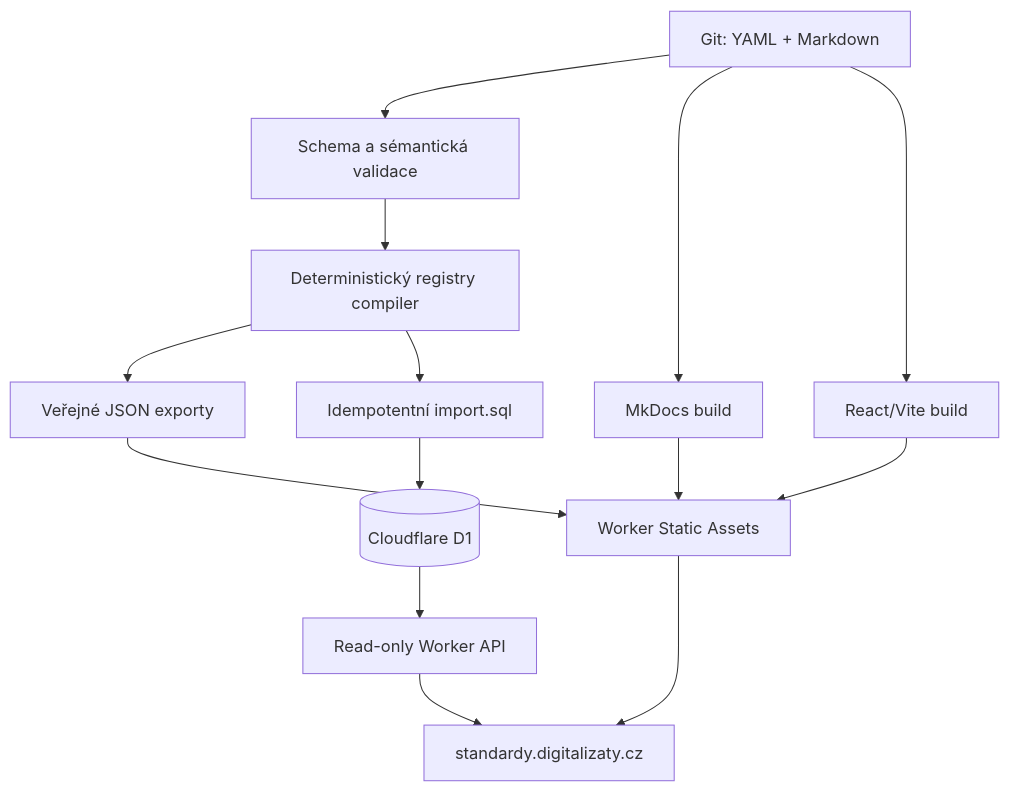
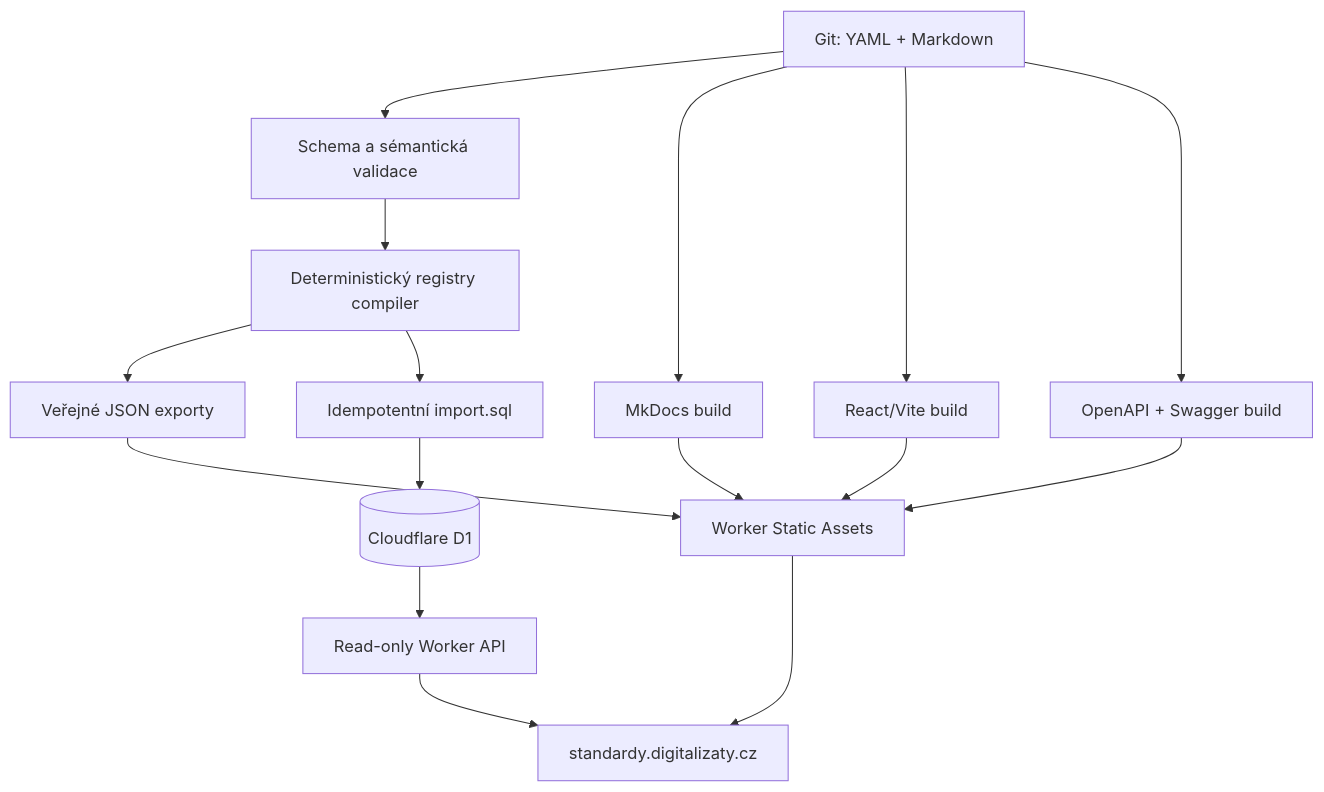
Before and after one commit to bezverec/standardy: the diagram in docs/development/architecture.md, drawn with Mermaid. The commit also changed other lines of this file and 4 other files, not shown here.

````diff
--- a/docs/development/architecture.md
+++ b/docs/development/architecture.md
@@ -11,16 +11,18 @@
 ```mermaid
 flowchart TD
     Git[Git: YAML + Markdown] --> Validate[Schema a sémantická validace]
     Validate --> Compiler[Deterministický registry compiler]
     Compiler --> JSON[Veřejné JSON exporty]
     Compiler --> SQL[Idempotentní import.sql]
     SQL --> D1[(Cloudflare D1)]
     Git --> MkDocs[MkDocs build]
     Git --> Vite[React/Vite build]
+    Git --> Swagger[OpenAPI + Swagger build]
     JSON --> Assets[Worker Static Assets]
     MkDocs --> Assets
     Vite --> Assets
+    Swagger --> Assets
     D1 --> Worker[Read-only Worker API]
     Assets --> Domain[standardy.digitalizaty.cz]
     Worker --> Domain
 ```
````
